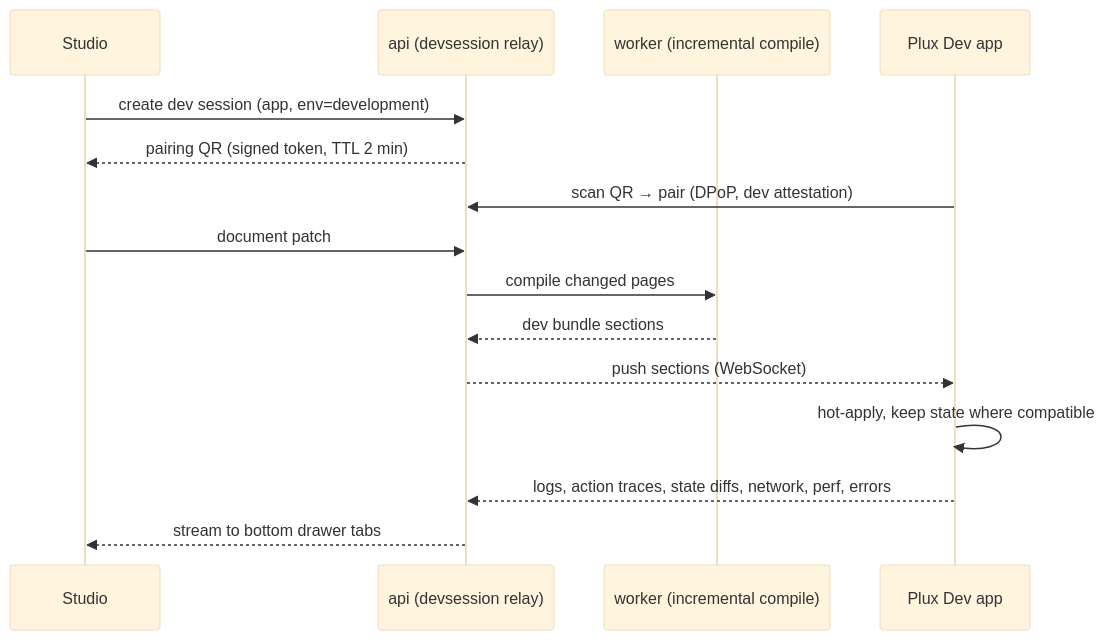
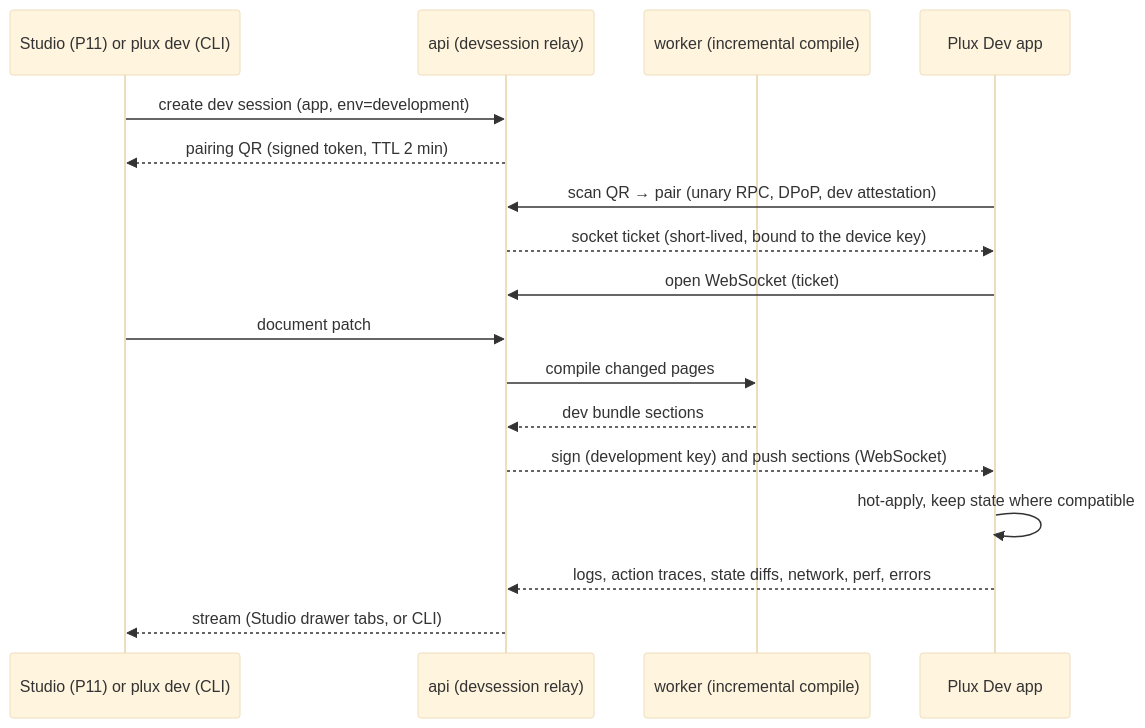
The eighth of 8 diagrams in docs/requirements.md (akanone93/akanone93), drawn with Mermaid (base theme) before and after one commit. The commit also changed other lines of this file and 387 other files, not shown here.

First line of the commit message:
feat: Phase 10 — Dev app and live debugging (#44)

````diff
--- a/docs/requirements.md
+++ b/docs/requirements.md
@@ -1578,17 +1578,19 @@
 ```mermaid
 sequenceDiagram
-    participant S as Studio
+    participant C as Studio (P11) or plux dev (CLI)
     participant A as api (devsession relay)
     participant W as worker (incremental compile)
     participant D as Plux Dev app
-    S->>A: create dev session (app, env=development)
-    A-->>S: pairing QR (signed token, TTL 2 min)
-    D->>A: scan QR → pair (DPoP, dev attestation)
-    S->>A: document patch
+    C->>A: create dev session (app, env=development)
+    A-->>C: pairing QR (signed token, TTL 2 min)
+    D->>A: scan QR → pair (unary RPC, DPoP, dev attestation)
+    A-->>D: socket ticket (short-lived, bound to the device key)
+    D->>A: open WebSocket (ticket)
+    C->>A: document patch
     A->>W: compile changed pages
     W-->>A: dev bundle sections
-    A-->>D: push sections (WebSocket)
+    A-->>D: sign (development key) and push sections (WebSocket)
     D->>D: hot-apply, keep state where compatible
     D-->>A: logs, action traces, state diffs, network, perf, errors
-    A-->>S: stream to bottom drawer tabs
+    A-->>C: stream (Studio drawer tabs, or CLI)
 ```
````
